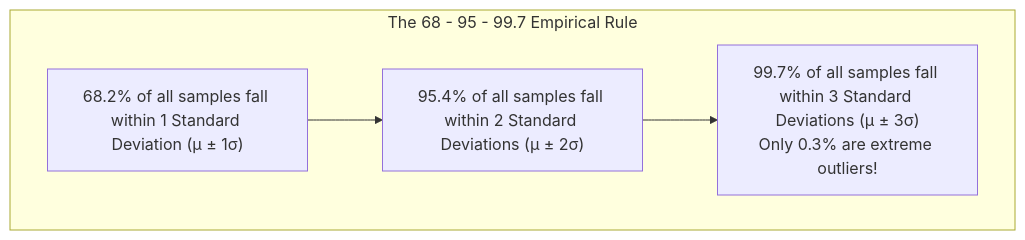
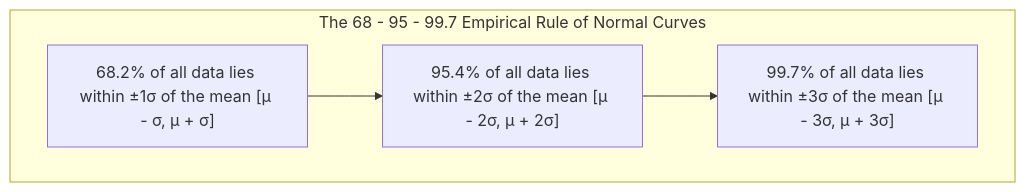
Before and after one commit to jashu-16/cv_engineering: the fourth of 8 diagrams in docs/00-math-foundations/level-03-probability-statistics.md, drawn with Mermaid. The commit also changed other lines of this file and 5 other files, not shown here.

````diff
--- a/docs/00-math-foundations/level-03-probability-statistics.md
+++ b/docs/00-math-foundations/level-03-probability-statistics.md
@@ -116,10 +287,9 @@
 ```mermaid
 flowchart TD
-    subgraph BellCurveRule["The 68 - 95 - 99.7 Empirical Rule"]
-        A["68.2% of all samples fall within 1 Standard Deviation (μ ± 1σ)"]
-        B["95.4% of all samples fall within 2 Standard Deviations (μ ± 2σ)"]
-        C["99.7% of all samples fall within 3 Standard Deviations (μ ± 3σ)\nOnly 0.3% are extreme outliers!"]
-        
+    subgraph GaussianProperties["The 68 - 95 - 99.7 Empirical Rule of Normal Curves"]
+        A["68.2% of all data lies within ±1σ of the mean [μ - σ, μ + σ]"]
+        B["95.4% of all data lies within ±2σ of the mean [μ - 2σ, μ + 2σ]"]
+        C["99.7% of all data lies within ±3σ of the mean [μ - 3σ, μ + 3σ]"]
         A --> B --> C
     end
 ```
````
